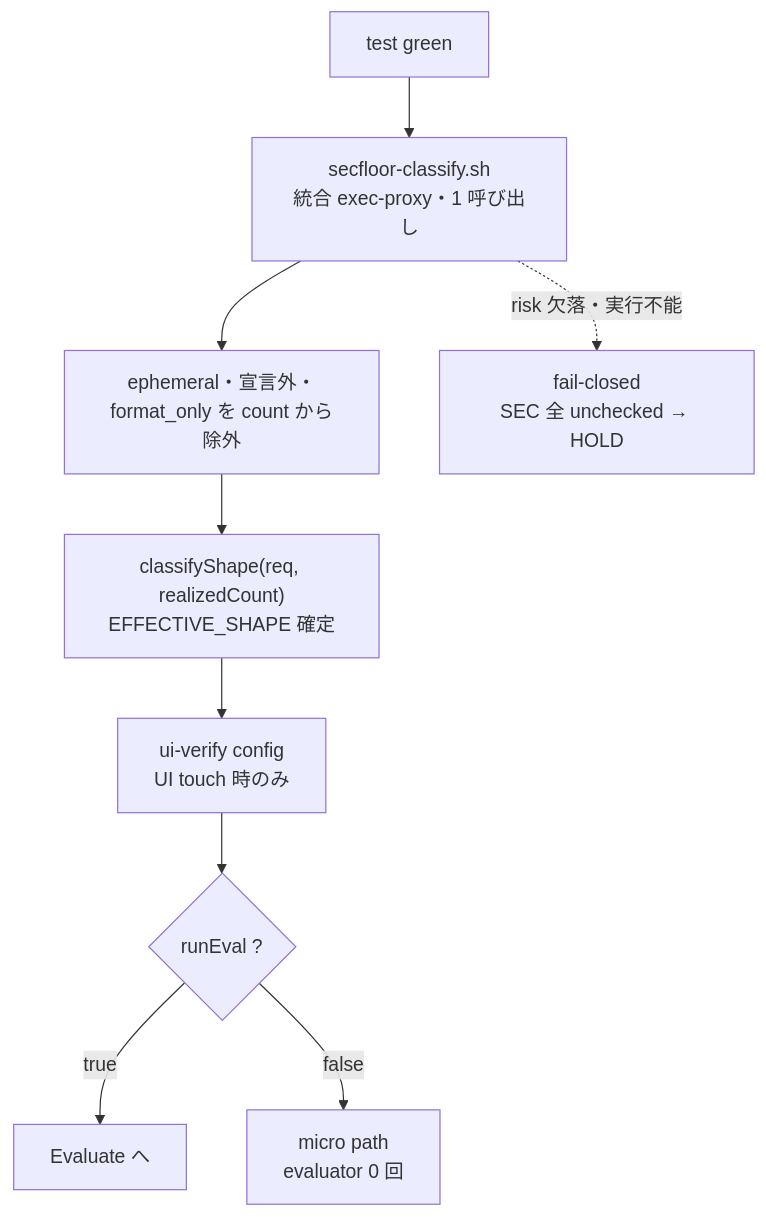
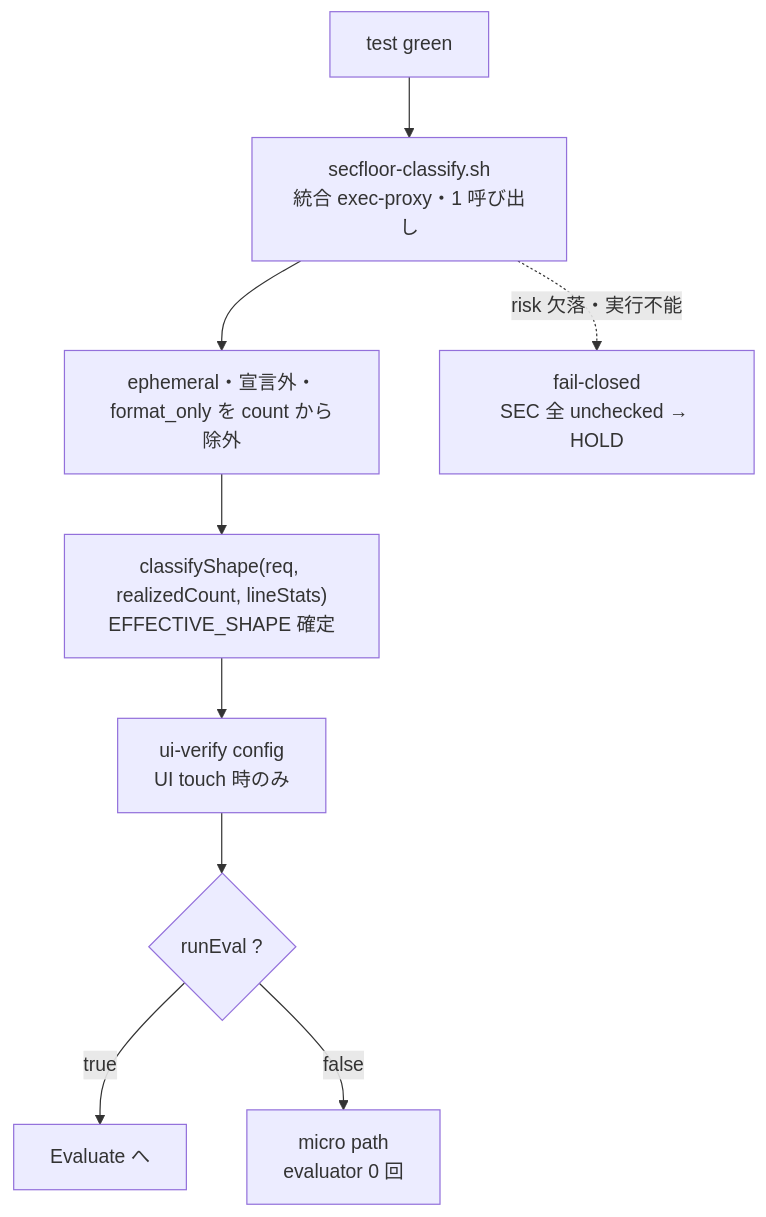
The sixth of 13 diagrams in docs/dev-flow-atlas.md (it-all-playpark/skills), drawn with Mermaid before and after one commit. The commit also changed other lines of this file and 16 other files, not shown here.

First line of the commit message:
feat(dev-flow): classifyShape の特徴量を差分の中身に寄せる — ファイル種別の重み・削除主体の減格・追加行数（file 数だけで掃除系 issue が complex に上がる） (#740)

````diff
--- a/docs/dev-flow-atlas.md
+++ b/docs/dev-flow-atlas.md
@@ -159,12 +159,12 @@
 ```mermaid
 flowchart TD
     IN["test green"] --> C1["secfloor-classify.sh<br/>統合 exec-proxy・1 呼び出し"]
     C1 --> C2["ephemeral・宣言外・format_only を count から除外"]
-    C2 --> C3["classifyShape(req, realizedCount)<br/>EFFECTIVE_SHAPE 確定"]
+    C2 --> C3["classifyShape(req, realizedCount, lineStats)<br/>EFFECTIVE_SHAPE 確定"]
     C3 --> C4["ui-verify config<br/>UI touch 時のみ"]
     C4 --> C5{"runEval ?"}
     C5 -->|true| OUT["Evaluate へ"]
     C5 -->|false| SKIP["micro path<br/>evaluator 0 回"]
 
     C1 -.->|"risk 欠落・実行不能"| FC["fail-closed<br/>SEC 全 unchecked → HOLD"]
 ```
````
